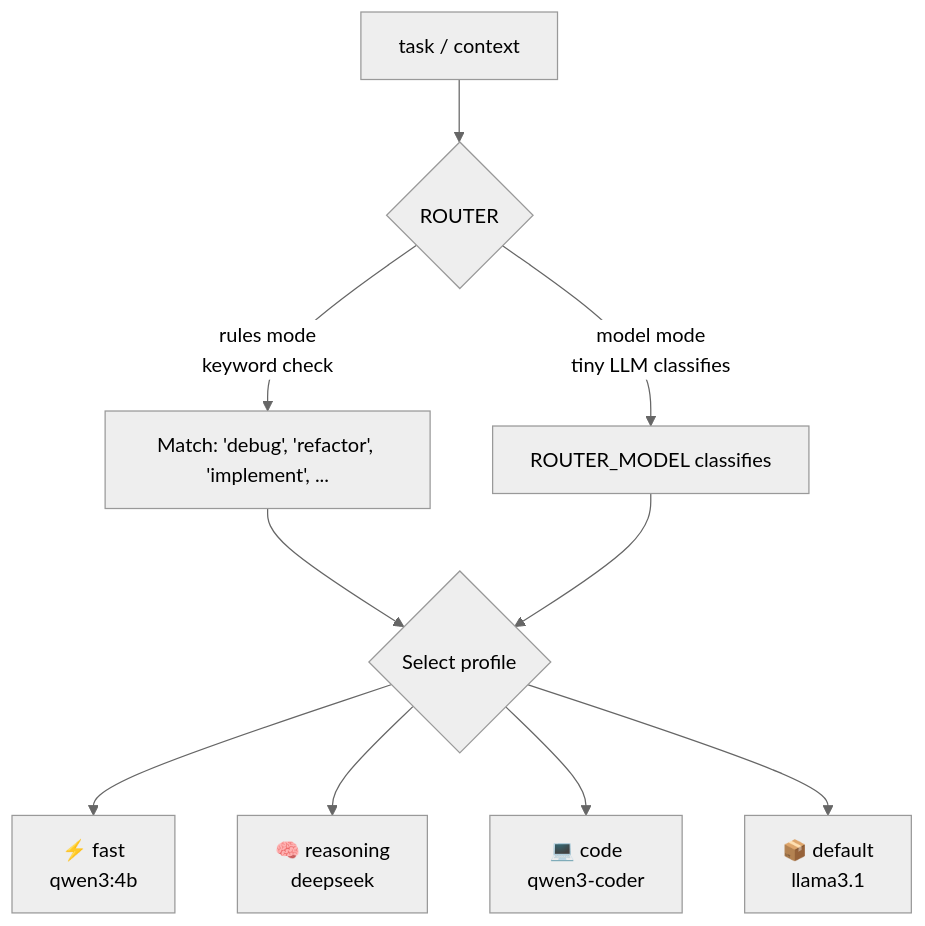
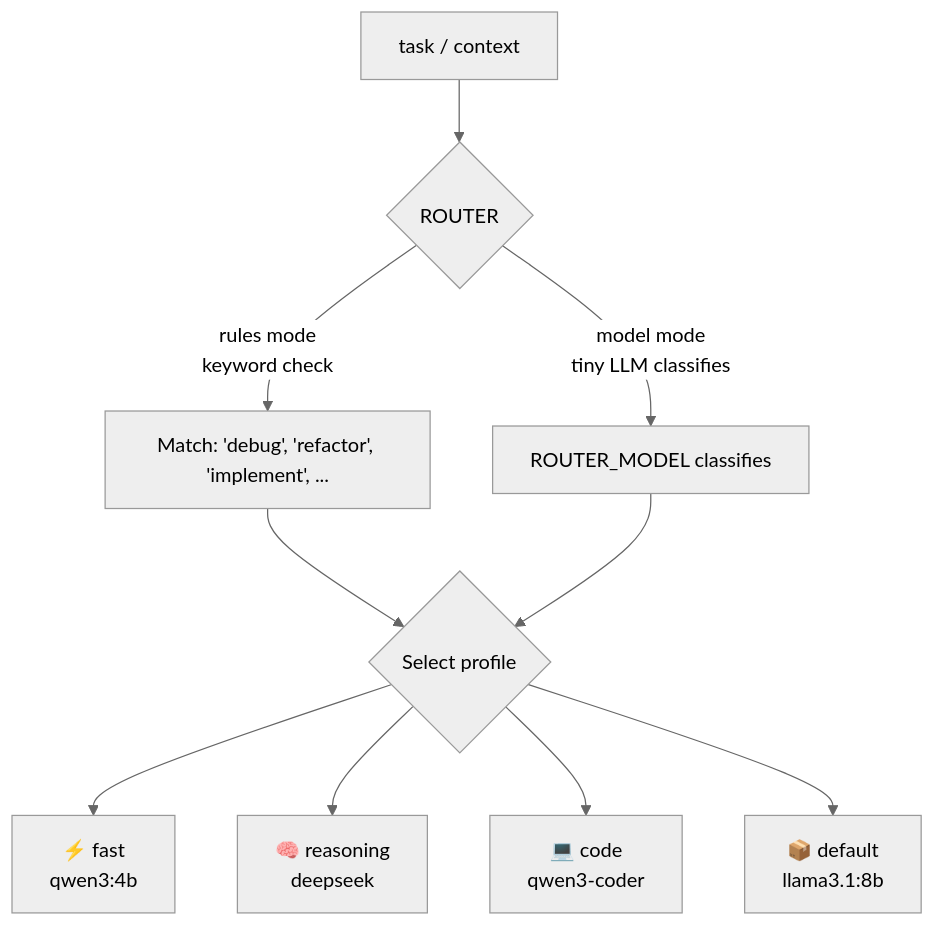
Before and after one commit to Guebbit/AI-coding-assistant: the second of 3 diagrams in docs/model-selection.md, drawn with Mermaid (neutral theme). The commit also changed other lines of this file and 30 other files, not shown here.

````diff
--- a/docs/model-selection.md
+++ b/docs/model-selection.md
@@ -46,12 +46,12 @@
 ```mermaid
 flowchart TD
     Input["task / context"] --> Router{"ROUTER"}
     Router -->|"rules mode\nkeyword check"| Rules["Match: 'debug', 'refactor', 'implement', ..."]
     Router -->|"model mode\ntiny LLM classifies"| Classify["ROUTER_MODEL classifies"]
     Rules --> Select{"Select profile"}
     Classify --> Select
     Select --> Fast["⚡ fast\nqwen3:4b"]
     Select --> Reasoning["🧠 reasoning\ndeepseek"]
     Select --> Code["💻 code\nqwen3-coder"]
-    Select --> Default["📦 default\nllama3.1"]
+    Select --> Default["📦 default\nllama3.1:8b"]
 ```
````
